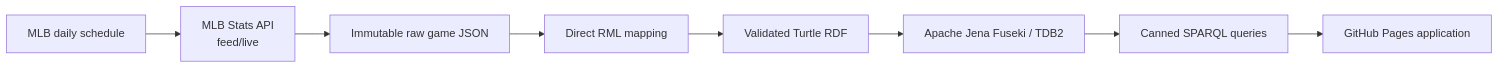
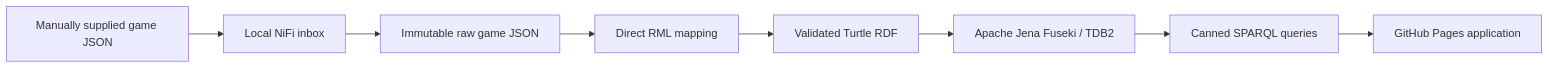
The diagram in README.md (CarterBeauBenson/BaseballO), drawn with Mermaid before and after one commit. The commit also changed other lines of this file and 29 other files, not shown here.

````diff
--- a/README.md
+++ b/README.md
@@ -7,10 +7,10 @@
 ```mermaid
 flowchart LR
-    SCHEDULE[MLB daily schedule] --> API[MLB Stats API<br/>feed/live]
-    API --> RAW[Immutable raw game JSON]
+    SOURCE[Manually supplied game JSON] --> INBOX[Local NiFi inbox]
+    INBOX --> RAW[Immutable raw game JSON]
     RAW --> RML[Direct RML mapping]
     RML --> RDF[Validated Turtle RDF]
     RDF --> FUSEKI[Apache Jena Fuseki / TDB2]
     FUSEKI --> SPARQL[Canned SPARQL queries]
     SPARQL --> WEB[GitHub Pages application]
 ```
````
